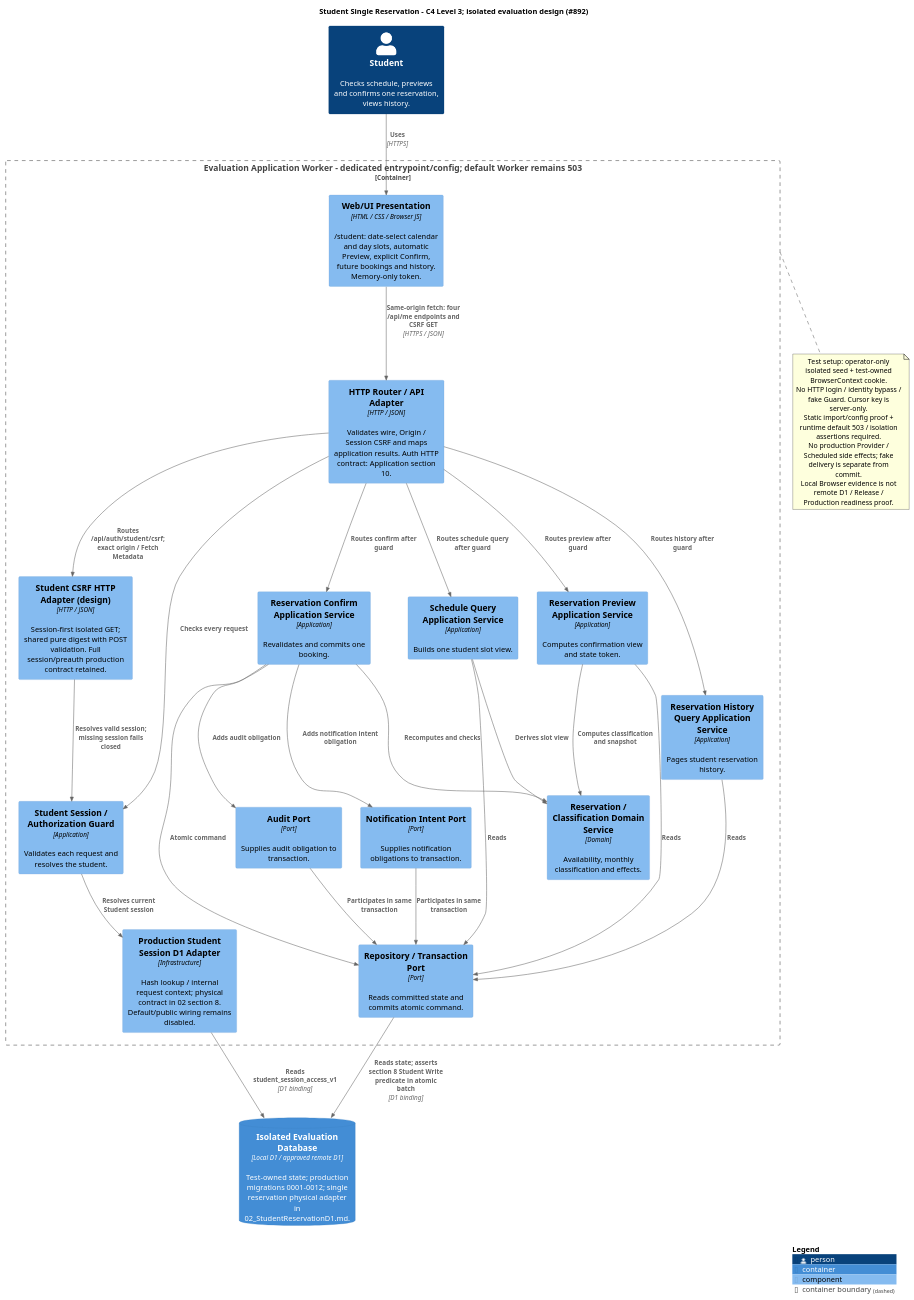
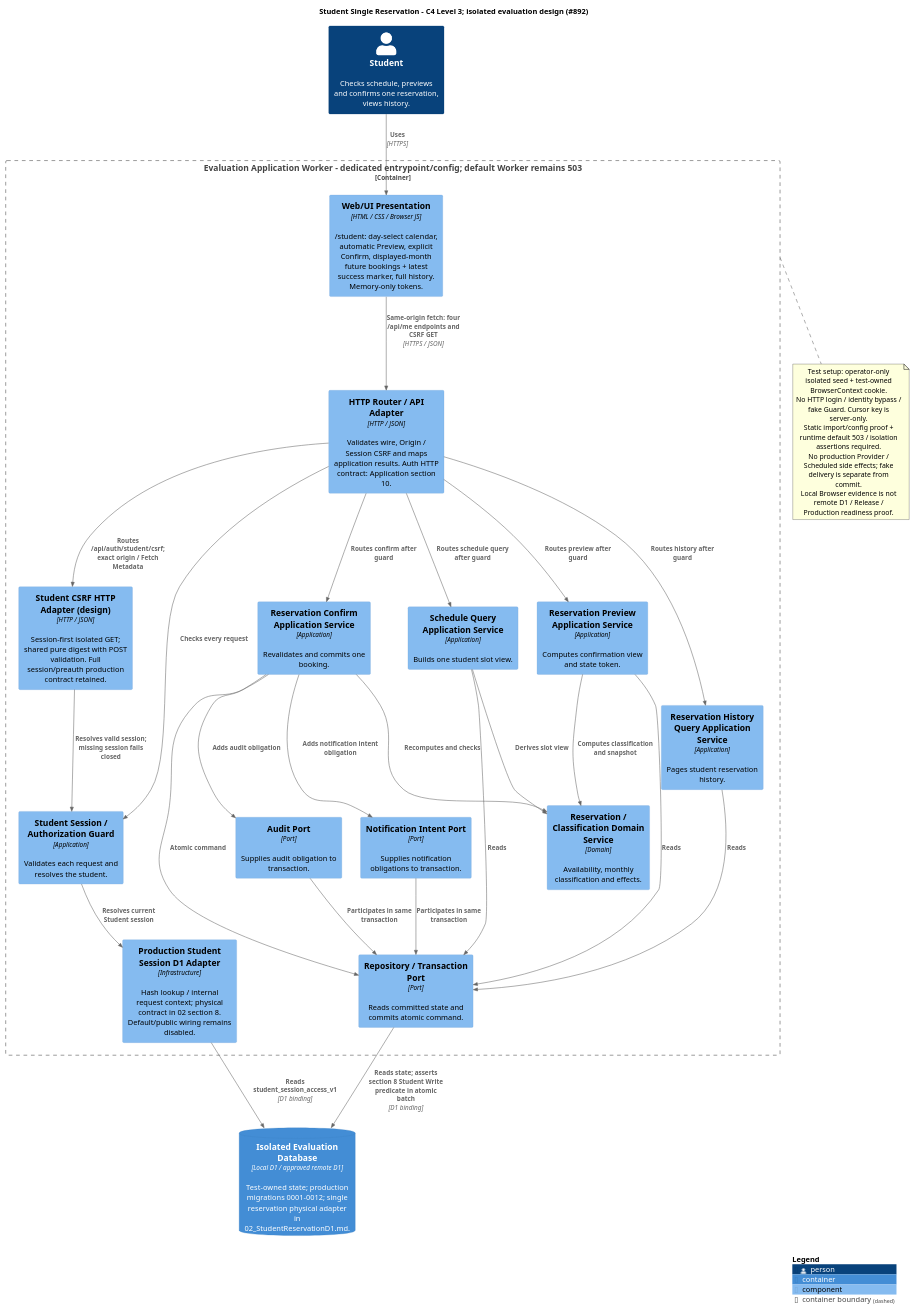
Before and after one commit to suzukure/nssscdl: the diagram in docs/diagrams/plantuml/c4-student-reservation-components.puml, drawn with PlantUML. The commit also changed 1 other file, not shown here.

Commit message:
docs: synchronize both diagram sources for one trusted render (#1109)

```diff
--- a/docs/diagrams/plantuml/c4-student-reservation-components.puml
+++ b/docs/diagrams/plantuml/c4-student-reservation-components.puml
@@ -1,59 +1,59 @@
 @startuml
 !include <C4/C4_Component>
 
 LAYOUT_WITH_LEGEND()
 title Student Single Reservation - C4 Level 3; isolated evaluation design (#892)
 
 Person(student, "Student", "Checks schedule, previews and confirms one reservation, views history.")
 ContainerDb(db, "Isolated Evaluation Database", "Local D1 / approved remote D1", "Test-owned state; production migrations 0001-0012; single reservation physical adapter in 02_StudentReservationD1.md.")
 
 Container_Boundary(worker, "Evaluation Application Worker - dedicated entrypoint/config; default Worker remains 503") {
-  Component(ui, "Web/UI Presentation", "HTML / CSS / Browser JS", "/student: date-select calendar and day slots, automatic Preview, explicit Confirm, future bookings and history. Memory-only token.")
+  Component(ui, "Web/UI Presentation", "HTML / CSS / Browser JS", "/student: day-select calendar, automatic Preview, explicit Confirm, displayed-month future bookings + latest success marker, full history. Memory-only tokens.")
   Component(router, "HTTP Router / API Adapter", "HTTP / JSON", "Validates wire, Origin / Session CSRF and maps application results. Auth HTTP contract: Application section 10.")
   Component(csrf, "Student CSRF HTTP Adapter (design)", "HTTP / JSON", "Session-first isolated GET; shared pure digest with POST validation. Full session/preauth production contract retained.")
   Component(guard, "Student Session / Authorization Guard", "Application", "Validates each request and resolves the student.")
   Component(authrepo, "Production Student Session D1 Adapter", "Infrastructure", "Hash lookup / internal request context; physical contract in 02 section 8. Default/public wiring remains disabled.")
   Component(schedule, "Schedule Query Application Service", "Application", "Builds one student slot view.")
   Component(preview, "Reservation Preview Application Service", "Application", "Computes confirmation view and state token.")
   Component(confirm, "Reservation Confirm Application Service", "Application", "Revalidates and commits one booking.")
   Component(history, "Reservation History Query Application Service", "Application", "Pages student reservation history.")
   Component(domain, "Reservation / Classification Domain Service", "Domain", "Availability, monthly classification and effects.")
   Component(repo, "Repository / Transaction Port", "Port", "Reads committed state and commits atomic command.")
   Component(audit, "Audit Port", "Port", "Supplies audit obligation to transaction.")
   Component(intent, "Notification Intent Port", "Port", "Supplies notification obligations to transaction.")
 }
 
 Rel(student, ui, "Uses", "HTTPS")
 Rel(ui, router, "Same-origin fetch: four /api/me endpoints and CSRF GET", "HTTPS / JSON")
 Rel(router, csrf, "Routes /api/auth/student/csrf; exact origin / Fetch Metadata")
 Rel(csrf, guard, "Resolves valid session; missing session fails closed")
 Rel(router, guard, "Checks every request")
 Rel(guard, authrepo, "Resolves current Student session")
 Rel(authrepo, db, "Reads student_session_access_v1", "D1 binding")
 Rel(router, schedule, "Routes schedule query after guard")
 Rel(router, preview, "Routes preview after guard")
 Rel(router, confirm, "Routes confirm after guard")
 Rel(router, history, "Routes history after guard")
 Rel(schedule, domain, "Derives slot view")
 Rel(preview, domain, "Computes classification and snapshot")
 Rel(confirm, domain, "Recomputes and checks")
 Rel(schedule, repo, "Reads")
 Rel(preview, repo, "Reads")
 Rel(confirm, repo, "Atomic command")
 Rel(history, repo, "Reads")
 Rel(confirm, audit, "Adds audit obligation")
 Rel(confirm, intent, "Adds notification intent obligation")
 Rel(repo, db, "Reads state; asserts section 8 Student Write predicate in atomic batch", "D1 binding")
 Rel(audit, repo, "Participates in same transaction")
 Rel(intent, repo, "Participates in same transaction")
 
 note bottom of worker
   Test setup: operator-only isolated seed + test-owned BrowserContext cookie.
   No HTTP login / identity bypass / fake Guard. Cursor key is server-only.
   Static import/config proof + runtime default 503 / isolation assertions required.
   No production Provider / Scheduled side effects; fake delivery is separate from commit.
   Local Browser evidence is not remote D1 / Release / Production readiness proof.
 end note
 
 SHOW_LEGEND()
 @enduml
```
